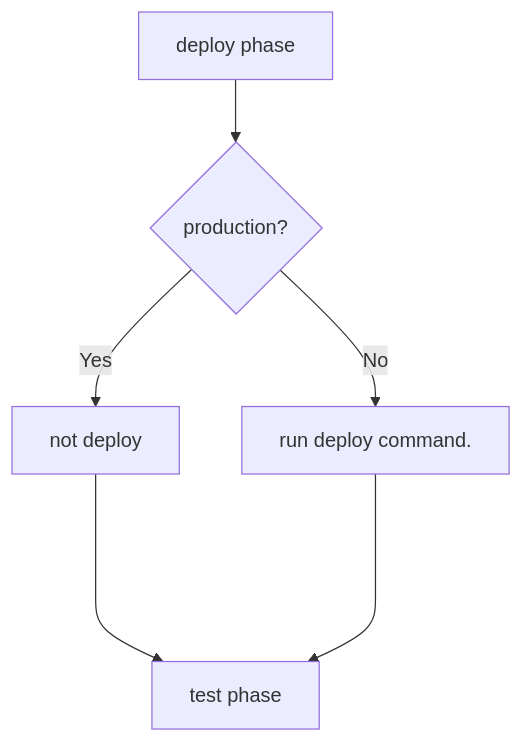
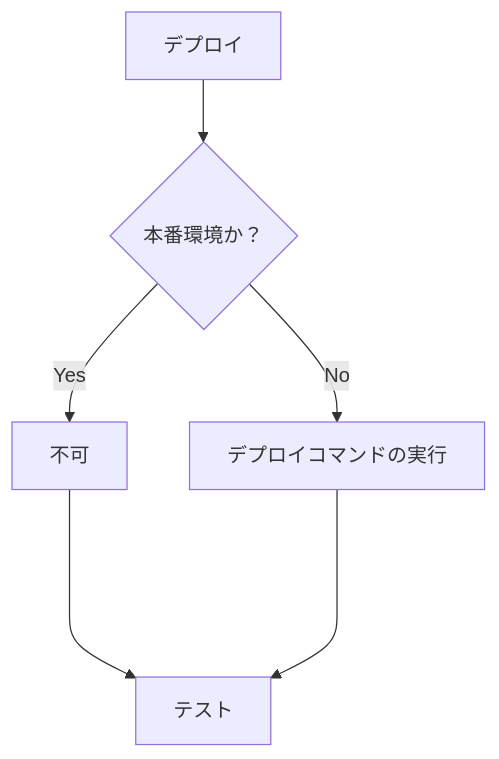
One commit to bokuwakuma/document-sample changed the first of 4 diagrams in markdown/sample.md. Above: the diagram before and after it, drawn with Mermaid.

Commit message:
escape Japanese

````diff
--- a/markdown/sample.md
+++ b/markdown/sample.md
@@ -24,8 +24,8 @@
 ```mermaid
   flowchart TD
-      A[deploy phase] --> B{production?};
-      B -- Yes --> C[not deploy];
-      B -- No --> D[run deploy command.];
-      C ----> E[test phase];
-      D ----> E[test phase];
+      A["デプロイ"] --> B{"本番環境か？"};
+      B -- Yes --> C["不可"];
+      B -- No --> D["デプロイコマンドの実行"];
+      C ----> E["テスト"];
+      D ----> E["テスト"];
 ```
````
